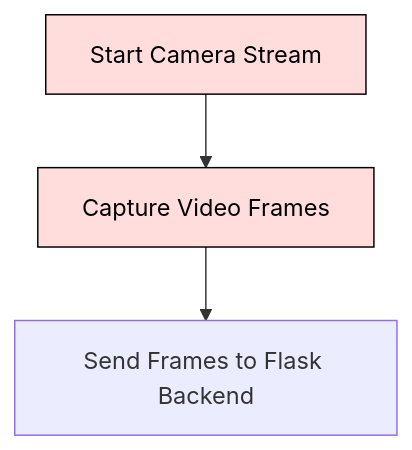
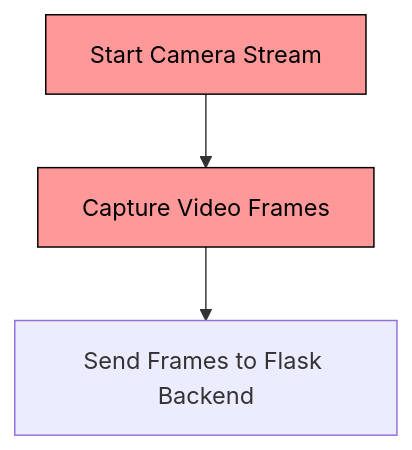
The first of 6 diagrams in README.md (Tharun-selladurai/face_liveliness_web_platform), drawn with Mermaid before and after one commit. The commit also changed other lines of this file, not shown here.

````diff
--- a/README.md
+++ b/README.md
@@ -67,9 +62,9 @@
 ```mermaid
 %%{init: {'theme': 'default', 'themeVariables': {'edgeLabelBackground':'#ffffff', 'tertiaryColor':'#ffffff'}}}%%
 graph TD;
     A[Start Camera Stream] --> B[Capture Video Frames]
     B --> C[Send Frames to Flask Backend]
     
-    classDef capture fill:#ffdddd,stroke:#000000,color:#000000;
+    classDef capture fill:#ff9999,stroke:#000000,color:#000000;
     class A,B capture;
 ```
````
